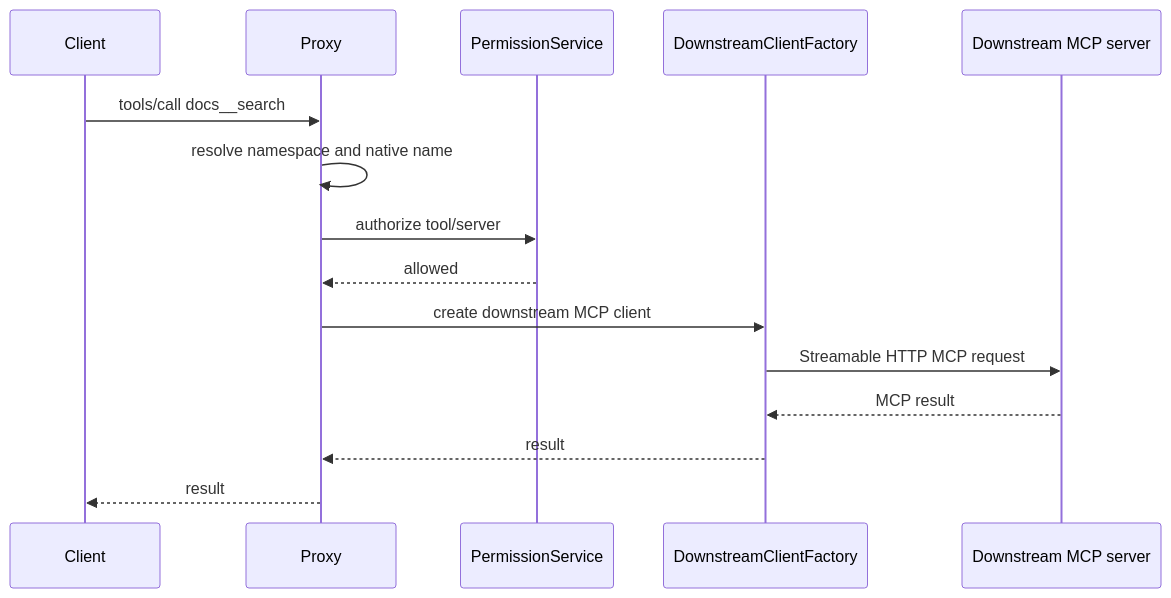
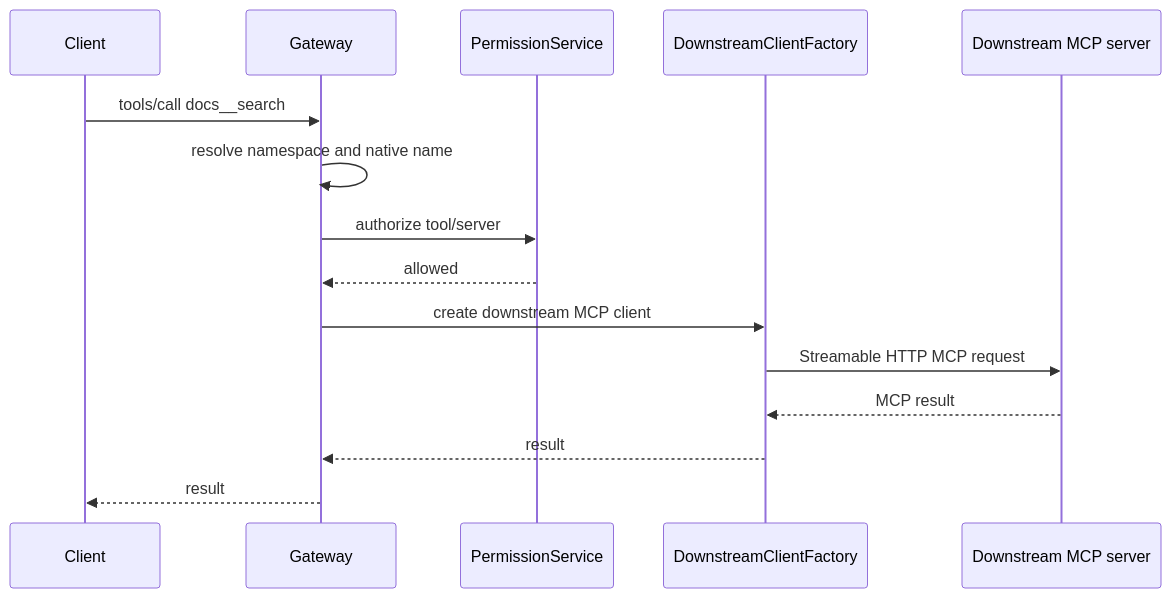
One commit to theonemule/MCP-Proxy changed the fourth of 9 diagrams in docs/ARCHITECTURE.md. Above: the diagram before and after it, drawn with Mermaid. The commit also changed other lines of this file and 130 other files, not shown here.

```diff
--- a/docs/ARCHITECTURE.md
+++ b/docs/ARCHITECTURE.md
@@ -161,18 +164,18 @@
 ~~~mermaid
 sequenceDiagram
     participant Client
-    participant Proxy
+    participant Gateway
     participant Perm as PermissionService
     participant Factory as DownstreamClientFactory
     participant Server as Downstream MCP server
 
-    Client->>Proxy: tools/call docs__search
-    Proxy->>Proxy: resolve namespace and native name
-    Proxy->>Perm: authorize tool/server
-    Perm-->>Proxy: allowed
-    Proxy->>Factory: create downstream MCP client
+    Client->>Gateway: tools/call docs__search
+    Gateway->>Gateway: resolve namespace and native name
+    Gateway->>Perm: authorize tool/server
+    Perm-->>Gateway: allowed
+    Gateway->>Factory: create downstream MCP client
     Factory->>Server: Streamable HTTP MCP request
     Server-->>Factory: MCP result
-    Factory-->>Proxy: result
-    Proxy-->>Client: result
+    Factory-->>Gateway: result
+    Gateway-->>Client: result
 ~~~
```
